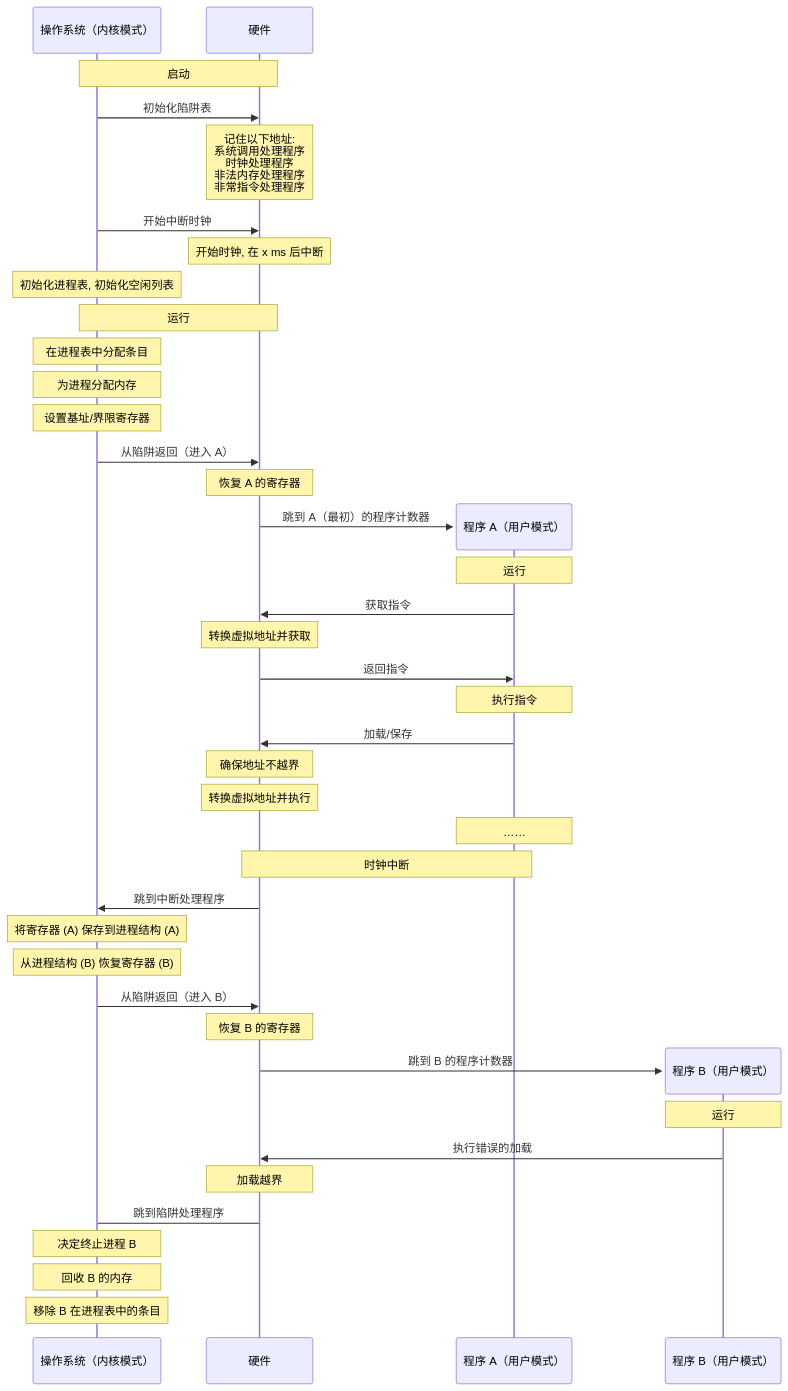
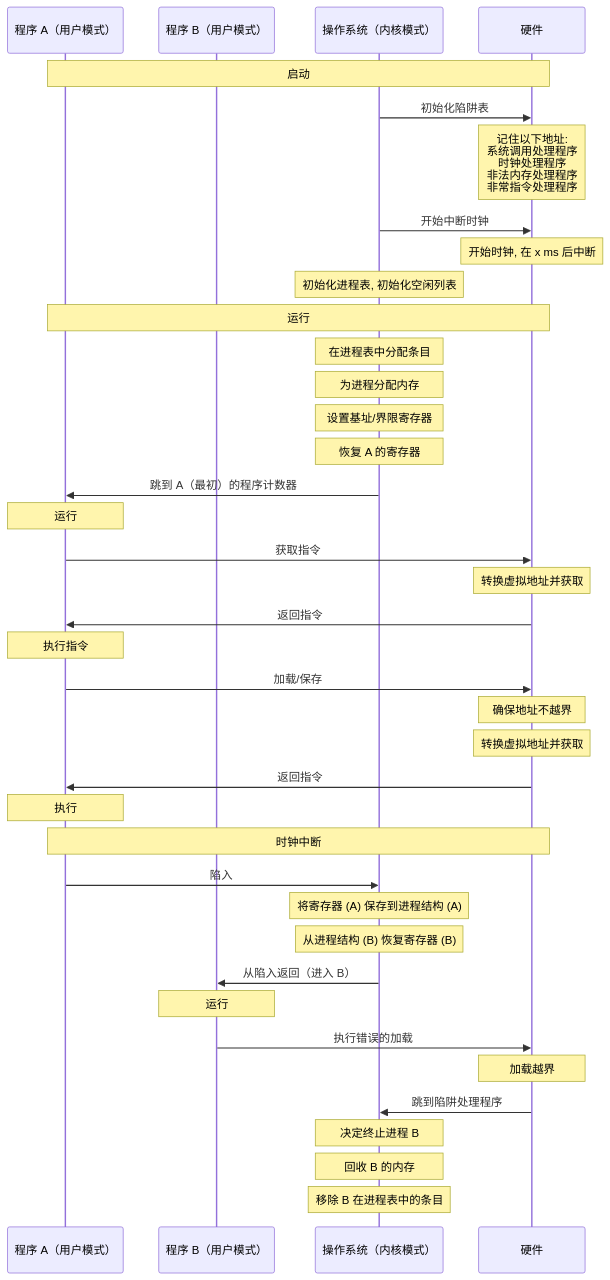
Before and after one commit to 13m0n4de/notebook: the diagram in docs/cs/os/ostep/15address_translation.md, drawn with Mermaid. The commit also changed 1 other file, not shown here.

Commit message:
修改文章 CS > OS > OSTEP > { 06.Direct Execution, 15.Address Translation }
把表格换成了流程图，修改了原先流程图表述不清的部分

````diff
--- a/docs/cs/os/ostep/15address_translation.md
+++ b/docs/cs/os/ostep/15address_translation.md
@@ -120,47 +120,45 @@
 ```mermaid
 sequenceDiagram
+    participant ProgramA as 程序 A（用户模式）
+    participant ProgramB as 程序 B（用户模式）
     participant OS as 操作系统（内核模式）
     participant Hardware as 硬件
 
-    Note over OS, Hardware: 启动
+    Note over ProgramA, Hardware: 启动
     OS->>Hardware: 初始化陷阱表
     Note over Hardware: 记住以下地址:<br>系统调用处理程序<br>时钟处理程序<br>非法内存处理程序<br>非常指令处理程序
     OS->>Hardware: 开始中断时钟
     Note over Hardware: 开始时钟, 在 x ms 后中断
     Note over OS: 初始化进程表, 初始化空闲列表
 
-    Note over OS, Hardware: 运行
+    Note over ProgramA, Hardware: 运行
     Note over OS: 在进程表中分配条目
     Note over OS: 为进程分配内存
     Note over OS: 设置基址/界限寄存器
+    Note over OS: 恢复 A 的寄存器    
 
-    OS->>Hardware: 从陷阱返回（进入 A）
-    Note over Hardware: 恢复 A 的寄存器    
-    create participant ProgramA as 程序 A（用户模式）
-    Hardware->>ProgramA: 跳到 A（最初）的程序计数器
+    OS->>ProgramA: 跳到 A（最初）的程序计数器
     Note over ProgramA: 运行
     ProgramA->>Hardware: 获取指令
     Note over Hardware: 转换虚拟地址并获取
     Hardware->>ProgramA: 返回指令
     Note over ProgramA: 执行指令
     ProgramA->>Hardware: 加载/保存
     Note over Hardware: 确保地址不越界
-    Note over Hardware: 转换虚拟地址并执行
-    Note over ProgramA: ……
+    Note over Hardware: 转换虚拟地址并获取
+    Hardware->>ProgramA: 返回指令
+    Note over ProgramA: 执行
 
     Note over ProgramA, Hardware: 时钟中断
-    Hardware->>OS: 跳到中断处理程序
+    ProgramA->>OS: 陷入
     Note over OS: 将寄存器 (A) 保存到进程结构 (A) 
     Note over OS: 从进程结构 (B) 恢复寄存器 (B)
-    OS->>Hardware: 从陷阱返回（进入 B）
-    Note over Hardware: 恢复 B 的寄存器
-    create participant ProgramB as 程序 B（用户模式）
-    Hardware->>ProgramB: 跳到 B 的程序计数器
+    OS->>ProgramB: 从陷入返回（进入 B）
     Note over ProgramB: 运行
     ProgramB->>Hardware: 执行错误的加载
     Note over Hardware: 加载越界
-    Hardware->OS: 跳到陷阱处理程序
+    Hardware->>OS: 跳到陷阱处理程序
     Note over OS: 决定终止进程 B
     Note over OS: 回收 B 的内存
     Note over OS: 移除 B 在进程表中的条目
 ```
````
